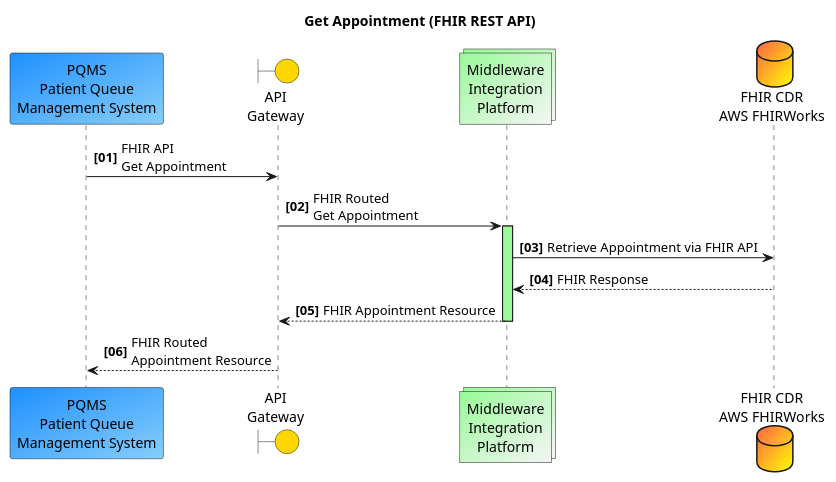
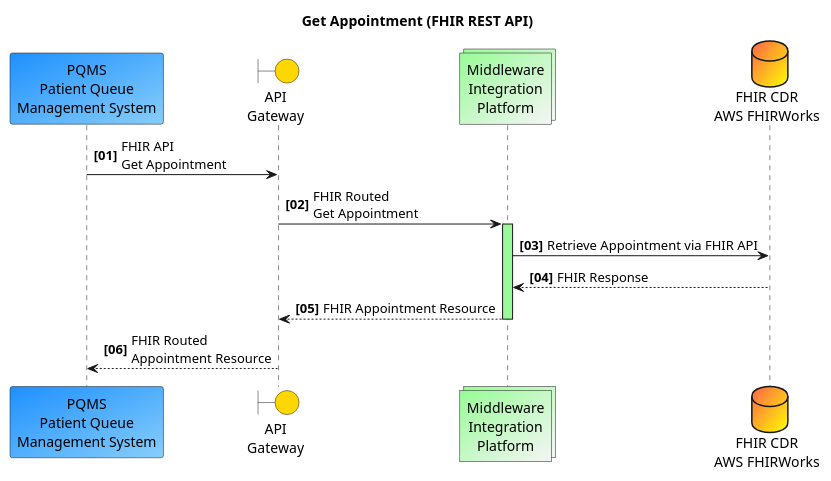
One commit to tewhatuora/cinc-fhir-ig changed the diagram in input/images-source/pqms-get-appointment.plantuml. Above: the diagram before and after it, drawn with PlantUML. The commit also changed 17 other files, not shown here.

```diff
--- a/input/images-source/pqms-get-appointment.plantuml
+++ b/input/images-source/pqms-get-appointment.plantuml
@@ -1,17 +1,20 @@
 @startuml
+!pragma teoz true
+
 'https://plantuml.com/sequence-diagram
+skinparam actorStyle awesome
 
 autonumber "<b>[00]"
 Participant "PQMS\nPatient Queue\nManagement System" as p #dodgerblue/lightskyblue
 Boundary "API\nGateway" as a #gold
 Collections "Middleware\nIntegration\nPlatform" as m #palegreen/whitesmoke
 Database "FHIR CDR\nAWS FHIRWorks" as w #tomato/yellow
 
 title Get Appointment (FHIR REST API)
 p -> a: FHIR API\nGet Appointment
 a-> m++ #palegreen: FHIR Routed\nGet Appointment
 m -> w: Retrieve Appointment via FHIR API
 w--> m: FHIR Response
 return FHIR Appointment Resource
 a--> p: FHIR Routed\nAppointment Resource
 @enduml
```
